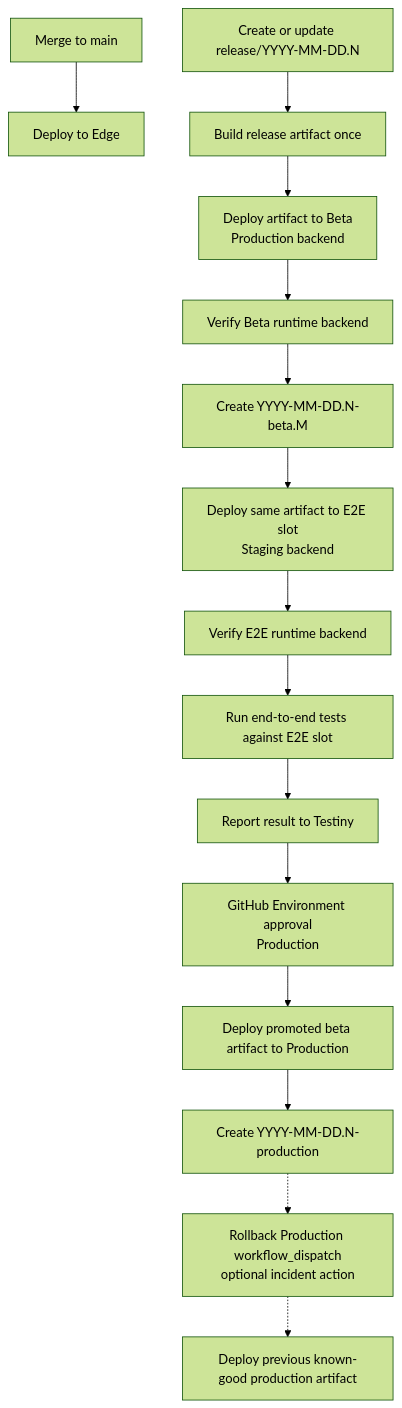
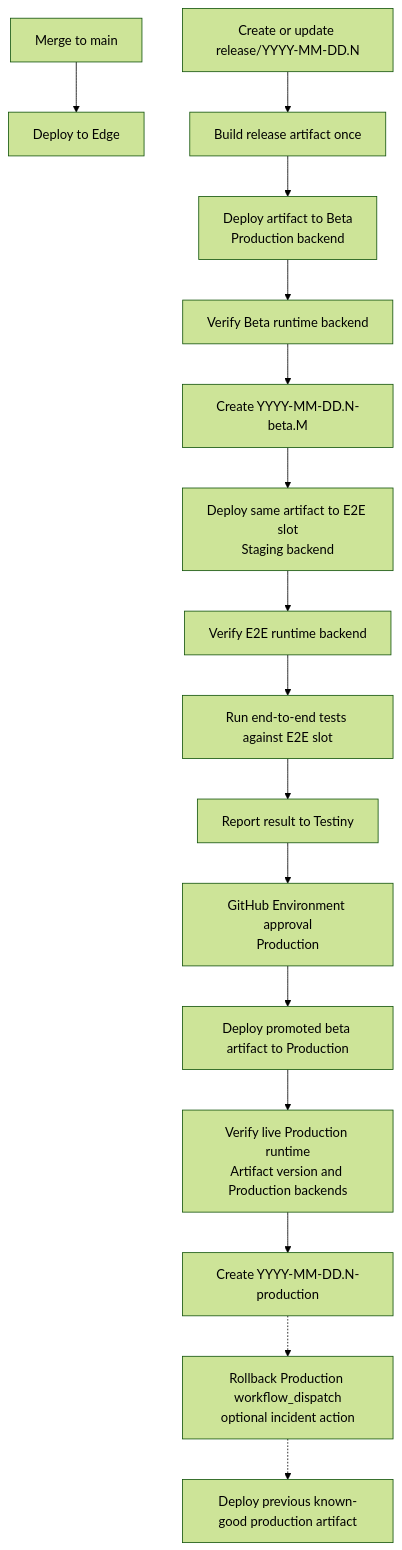
Before and after one commit to wireapp/wire-webapp: the second of 2 diagrams in docs/decision-records/0002-trunk-based-automated-release-process.md, drawn with Mermaid (forest theme). The commit also changed other lines of this file and 1 other file, not shown here.

First line of the commit message:
Verify Production before tagging

````diff
--- a/docs/decision-records/0002-trunk-based-automated-release-process.md
+++ b/docs/decision-records/0002-trunk-based-automated-release-process.md
@@ -123,25 +127,26 @@
 ```mermaid
 flowchart TD
   mergeToMain[Merge to main]
   deployToEdge[Deploy to Edge]
   createReleaseBranch[Create or update release/YYYY-MM-DD.N]
   buildArtifact[Build release artifact once]
   deployToBeta[Deploy artifact to Beta<br/>Production backend]
   verifyBetaRuntime[Verify Beta runtime backend]
   createBetaTag[Create YYYY-MM-DD.N-beta.M]
   deployToE2E[Deploy same artifact to E2E slot<br/>Staging backend]
   verifyE2ERuntime[Verify E2E runtime backend]
   runEndToEndTests[Run end-to-end tests against E2E slot]
   reportToTestiny[Report result to Testiny]
   productionApproval[GitHub Environment approval<br/>Production]
   deployToProduction[Deploy promoted beta artifact to Production]
+  verifyProductionRuntime[Verify live Production runtime<br/>Artifact version and Production backends]
   createProductionTag[Create YYYY-MM-DD.N-production]
   rollbackWorkflow[Rollback Production workflow_dispatch<br/>optional incident action]
   deployKnownGoodArtifact[Deploy previous known-good production artifact]
 
   mergeToMain --> deployToEdge
   createReleaseBranch --> buildArtifact --> deployToBeta --> verifyBetaRuntime --> createBetaTag
   createBetaTag --> deployToE2E --> verifyE2ERuntime --> runEndToEndTests --> reportToTestiny
-  reportToTestiny --> productionApproval --> deployToProduction --> createProductionTag
+  reportToTestiny --> productionApproval --> deployToProduction --> verifyProductionRuntime --> createProductionTag
   createProductionTag -.-> rollbackWorkflow -.-> deployKnownGoodArtifact
 ```
````
